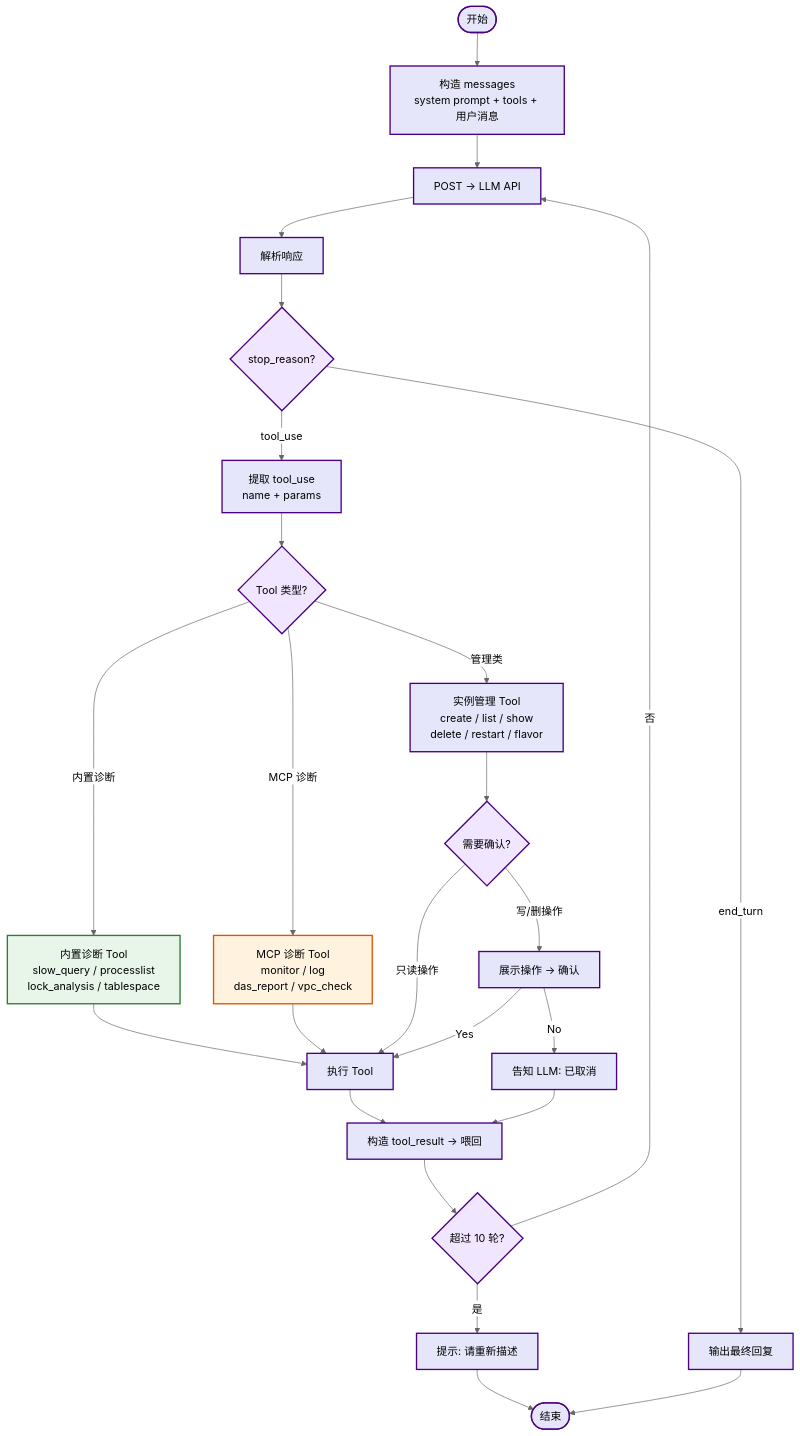
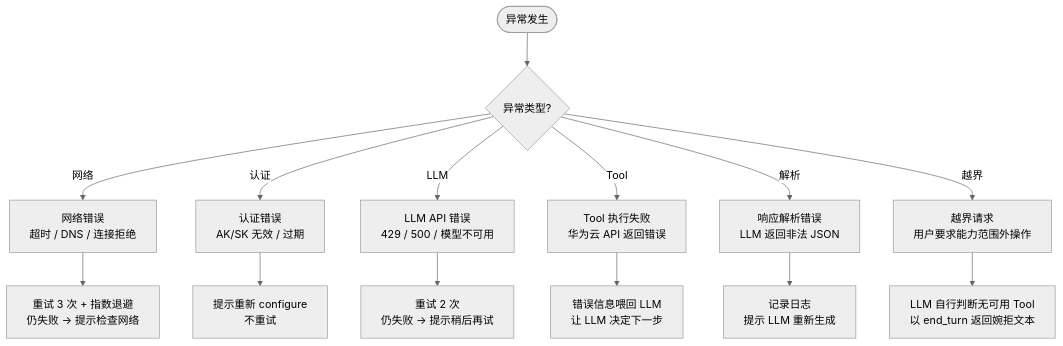
Before and after one commit to youweichen0208/blog: the seventh of 7 diagrams in docs/projects/opentaurus/requirements.md, drawn with Mermaid (neutral theme). The commit also changed other lines of this file and 1 other file, not shown here.

````diff
--- a/docs/projects/opentaurus/requirements.md
+++ b/docs/projects/opentaurus/requirements.md
@@ -619,58 +513,31 @@
 ```mermaid
-graph TD
-    START(["开始"])
-    BUILD["构造 messages<br/>system prompt + tools + 用户消息"]
-    CALL["POST → LLM API"]
-    PARSE["解析响应"]
-    CHECK{"stop_reason?"}
-    EXTRACT["提取 tool_use<br/>name + params"]
-    CLASSIFY{"Tool 类型?"}
-    MANAGE["实例管理 Tool<br/>create / list / show<br/>delete / restart / flavor"]
-    DIAG_BUILTIN["内置诊断 Tool<br/>slow_query / processlist<br/>lock_analysis / tablespace"]
-    DIAG_MCP["MCP 诊断 Tool<br/>monitor / log<br/>das_report / vpc_check"]
-    SAFE{"需要确认?"}
-    EXECUTE["执行 Tool"]
-    CONFIRM_OP["展示操作 → 确认"]
-    CANCEL["告知 LLM: 已取消"]
-    FEED["构造 tool_result → 喂回"]
-    MAX{"超过 10 轮?"}
-    OUTPUT["输出最终回复"]
-    TIMEOUT["提示: 请重新描述"]
-    END(["结束"])
+flowchart TD
+    ERR(["异常发生"])
+    TYPE{"异常类型?"}
 
-    START --> BUILD
-    BUILD --> CALL
-    CALL --> PARSE
-    PARSE --> CHECK
-    CHECK -->|"end_turn"| OUTPUT
-    CHECK -->|"tool_use"| EXTRACT
-    EXTRACT --> CLASSIFY
-    CLASSIFY -->|"管理类"| MANAGE
-    CLASSIFY -->|"内置诊断"| DIAG_BUILTIN
-    CLASSIFY -->|"MCP 诊断"| DIAG_MCP
-    MANAGE --> SAFE
-    DIAG_BUILTIN --> EXECUTE
-    DIAG_MCP --> EXECUTE
-    SAFE -->|"只读操作"| EXECUTE
-    SAFE -->|"写/删操作"| CONFIRM_OP
-    CONFIRM_OP -->|"Yes"| EXECUTE
-    CONFIRM_OP -->|"No"| CANCEL
-    EXECUTE --> FEED
-    CANCEL --> FEED
-    FEED --> MAX
-    MAX -->|"否"| CALL
-    MAX -->|"是"| TIMEOUT
-    TIMEOUT --> END
-    OUTPUT --> END
+    NET["网络错误<br/>超时 / DNS / 连接拒绝"]
+    NET_ACT["重试 3 次 + 指数退避<br/>仍失败 → 提示检查网络"]
 
-    classDef nodeStyle fill:#E6E6FA,stroke:#4B0082,stroke-width:2px,color:#000
-    classDef decisionStyle fill:#F0E6FF,stroke:#4B0082,stroke-width:2px,color:#000
-    classDef diagStyle fill:#E8F5E9,stroke:#2E7D32,stroke-width:2px,color:#000
-    classDef mcpStyle fill:#FFF3E0,stroke:#E65100,stroke-width:2px,color:#000
+    AUTH["认证错误<br/>AK/SK 无效 / 过期"]
+    AUTH_ACT["提示重新 configure<br/>不重试"]
 
-    class START,BUILD,CALL,PARSE,EXTRACT,MANAGE,EXECUTE,CANCEL,FEED,OUTPUT,TIMEOUT,END nodeStyle
-    class CHECK,CLASSIFY,SAFE,MAX decisionStyle
-    class DIAG_BUILTIN diagStyle
-    class DIAG_MCP mcpStyle
-    class CONFIRM_OP nodeStyle
+    LLM_ERR["LLM API 错误<br/>429 / 500 / 模型不可用"]
+    LLM_ACT["重试 2 次<br/>仍失败 → 提示稍后再试"]
+
+    TOOL_ERR["Tool 执行失败<br/>华为云 API 返回错误"]
+    TOOL_ACT["错误信息喂回 LLM<br/>让 LLM 决定下一步"]
+
+    PARSE_ERR["响应解析错误<br/>LLM 返回非法 JSON"]
+    PARSE_ACT["记录日志<br/>提示 LLM 重新生成"]
+
+    BOUNDARY["越界请求<br/>用户要求能力范围外操作"]
+    BOUNDARY_ACT["LLM 自行判断无可用 Tool<br/>以 end_turn 返回婉拒文本"]
+
+    ERR --> TYPE
+    TYPE -->|"网络"| NET --> NET_ACT
+    TYPE -->|"认证"| AUTH --> AUTH_ACT
+    TYPE -->|"LLM"| LLM_ERR --> LLM_ACT
+    TYPE -->|"Tool"| TOOL_ERR --> TOOL_ACT
+    TYPE -->|"解析"| PARSE_ERR --> PARSE_ACT
+    TYPE -->|"越界"| BOUNDARY --> BOUNDARY_ACT
 ```
````
